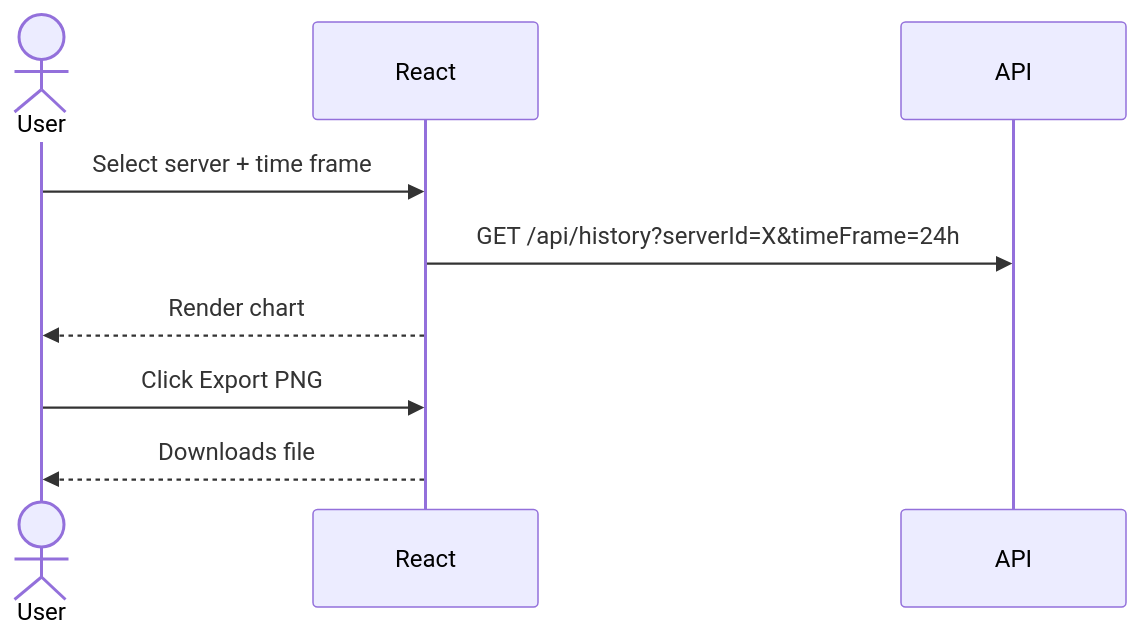
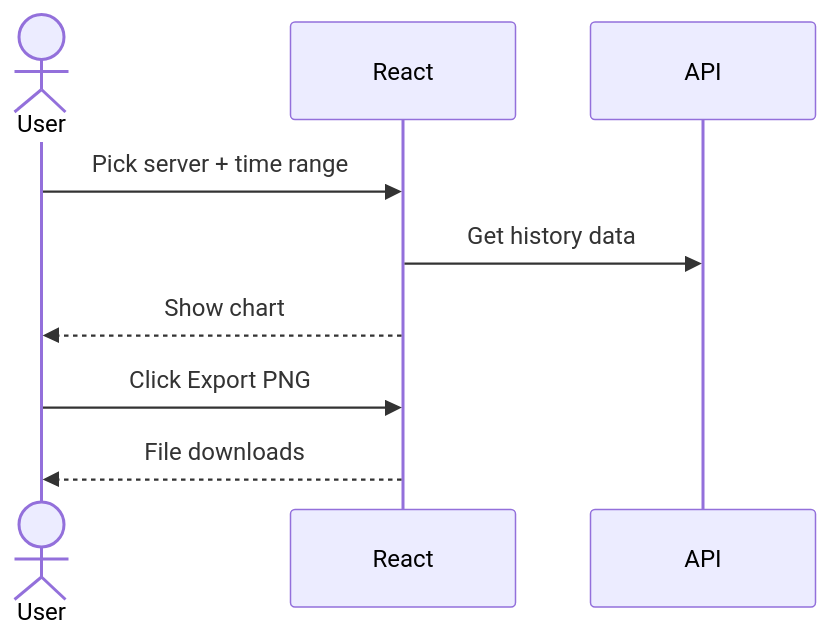
The sixth of 6 diagrams in Assignment 6/Assignment6.md (ziyadhussain23/Argus), drawn with Mermaid before and after one commit. The commit also changed other lines of this file, not shown here.

````diff
--- a/Assignment 6/Assignment6.md
+++ b/Assignment 6/Assignment6.md
@@ -279,11 +244,9 @@
 ```mermaid
 sequenceDiagram
     actor User
-    participant React
-    participant API
-    User->>React: Select server + time frame
-    React->>API: GET /api/history?serverId=X&timeFrame=24h
-    React-->>User: Render chart
+    User->>React: Pick server + time range
+    React->>API: Get history data
+    React-->>User: Show chart
     User->>React: Click Export PNG
-    React-->>User: Downloads file
+    React-->>User: File downloads
 ```
````
